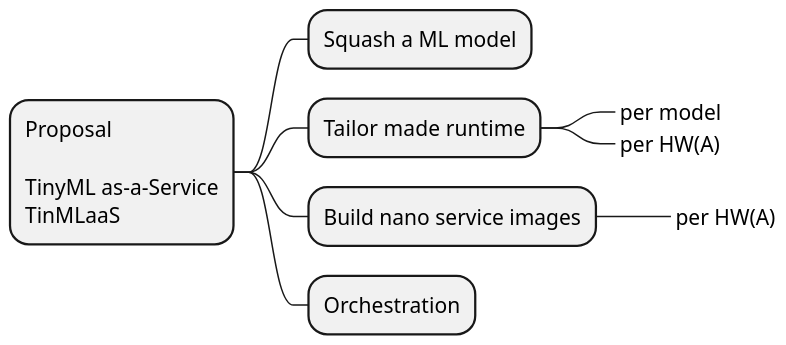
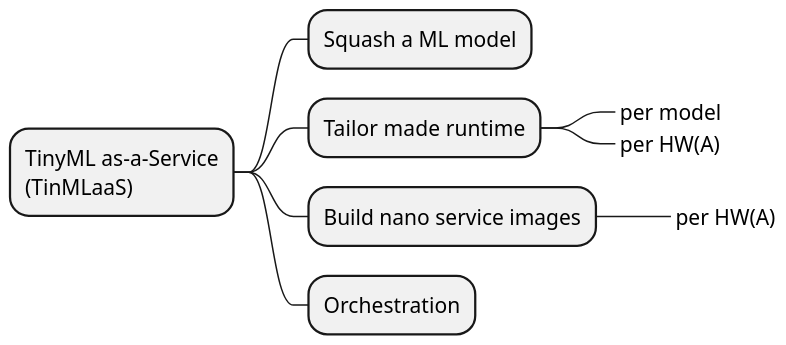
One commit to doyu/elc2019 changed the diagram in summary-proposal.puml. Above: the diagram before and after it, drawn with PlantUML. The commit also changed 2 other files, not shown here.

```diff
--- a/summary-proposal.puml
+++ b/summary-proposal.puml
@@ -1,11 +1,11 @@
 @startmindmap
 scale 1.5
-* Proposal\n\nTinyML as-a-Service\nTinMLaaS
+* TinyML as-a-Service\n(TinMLaaS)
 ** Squash a ML model
 ** Tailor made runtime
 ***_ per model
 ***_ per HW(A)
 ** Build nano service images
 ***_ per HW(A)
 ** Orchestration
 @endmindmap
```
